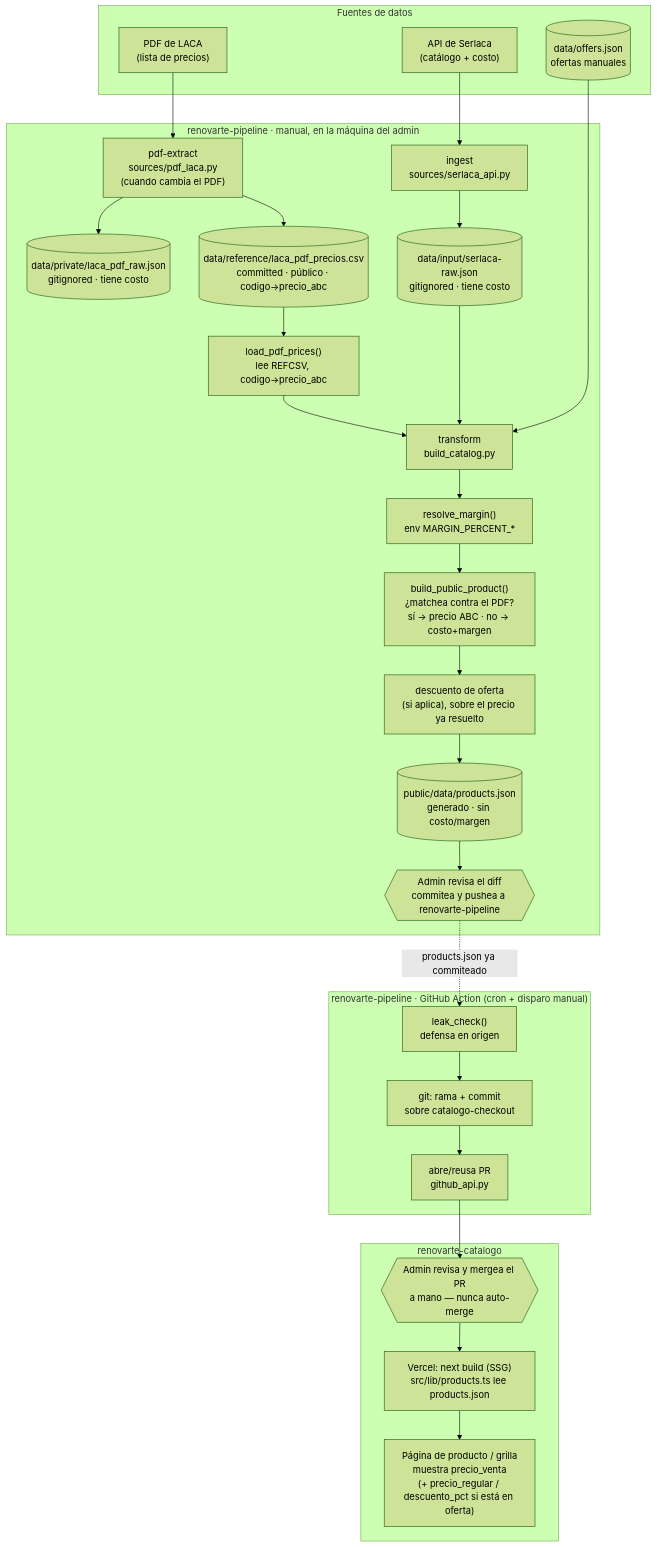
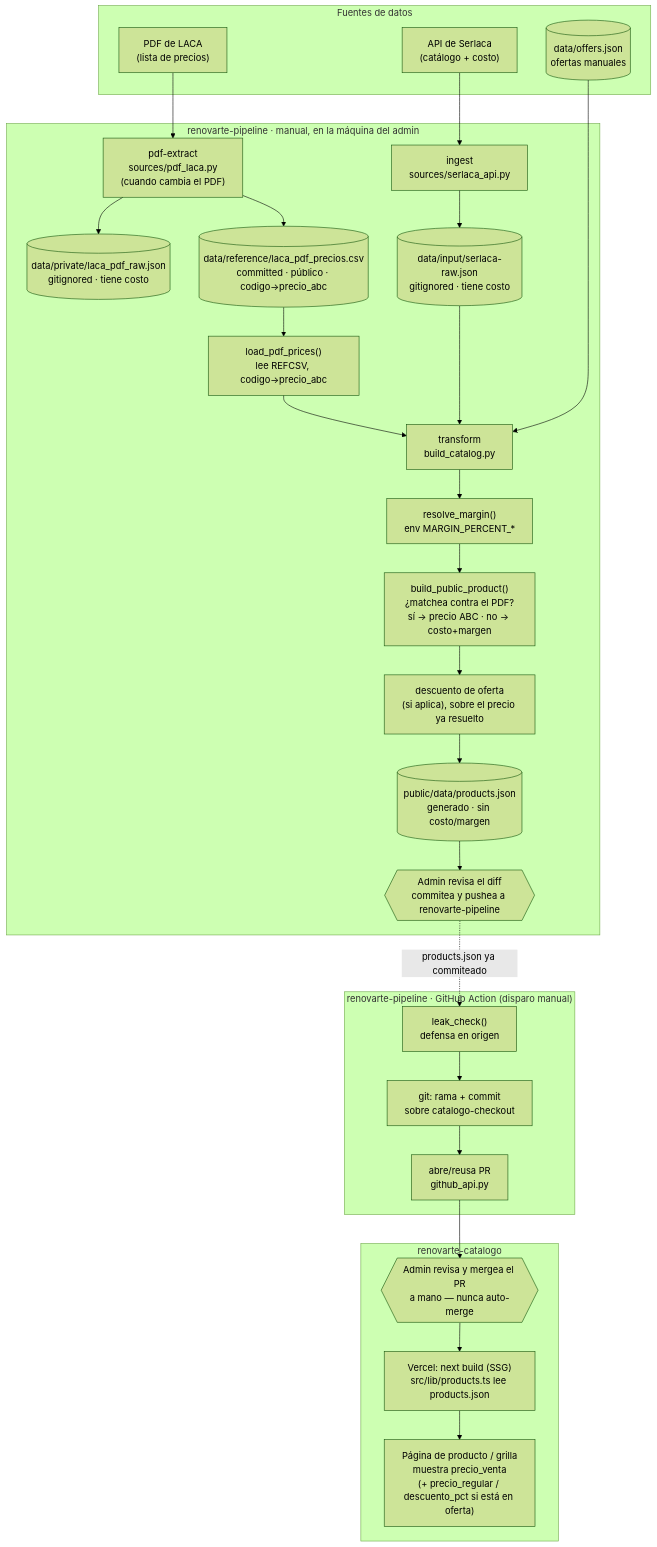
The diagram in docs/flujo-precio-pdf.md (gucastillo-personal/renovarte-parent), drawn with Mermaid (forest theme) before and after one commit. The commit also changed other lines of this file and 1 other file, not shown here.

First line of the commit message:
docs: flujo event-driven de precio a Discord (4 niveles de diagramas)

````diff
--- a/docs/flujo-precio-pdf.md
+++ b/docs/flujo-precio-pdf.md
@@ -18,48 +18,48 @@
 ```mermaid
 flowchart TD
     subgraph FUENTES["Fuentes de datos"]
         PDF["PDF de LACA<br/>(lista de precios)"]
         API["API de Serlaca<br/>(catálogo + costo)"]
         OFERTAS[("data/offers.json<br/>ofertas manuales")]
     end
 
     subgraph MANUAL["renovarte-pipeline · manual, en la máquina del admin"]
         EXTRACT["pdf-extract<br/>sources/pdf_laca.py<br/>(cuando cambia el PDF)"]
         RAWPDF[("data/private/laca_pdf_raw.json<br/>gitignored · tiene costo")]
         REFCSV[("data/reference/laca_pdf_precios.csv<br/>committed · público · codigo→precio_abc")]
 
         INGEST["ingest<br/>sources/serlaca_api.py"]
         RAWAPI[("data/input/serlaca-raw.json<br/>gitignored · tiene costo")]
         TRANSFORM["transform<br/>build_catalog.py"]
         LOADPDF["load_pdf_prices()<br/>lee REFCSV, codigo→precio_abc"]
         MARGEN["resolve_margin()<br/>env MARGIN_PERCENT_*"]
         RESOLVE["build_public_product()<br/>¿matchea contra el PDF?<br/>sí → precio ABC · no → costo+margen"]
         DESCUENTO["descuento de oferta<br/>(si aplica), sobre el precio ya resuelto"]
         PRODJSON[("public/data/products.json<br/>generado · sin costo/margen")]
         COMMIT{{"Admin revisa el diff<br/>commitea y pushea a renovarte-pipeline"}}
     end
 
-    subgraph CI["renovarte-pipeline · GitHub Action (cron + disparo manual)"]
+    subgraph CI["renovarte-pipeline · GitHub Action (disparo manual)"]
         LEAK["leak_check()<br/>defensa en origen"]
         BRANCH["git: rama + commit<br/>sobre catalogo-checkout"]
         PR["abre/reusa PR<br/>github_api.py"]
     end
 
     subgraph CATALOGO["renovarte-catalogo"]
         MERGE{{"Admin revisa y mergea el PR<br/>a mano — nunca auto-merge"}}
         BUILD["Vercel: next build (SSG)<br/>src/lib/products.ts lee products.json"]
         PAGINA["Página de producto / grilla<br/>muestra precio_venta<br/>(+ precio_regular / descuento_pct si está en oferta)"]
     end
 
     PDF --> EXTRACT
     EXTRACT --> RAWPDF
     EXTRACT --> REFCSV
 
     API --> INGEST --> RAWAPI --> TRANSFORM
     REFCSV --> LOADPDF --> TRANSFORM
     OFERTAS --> TRANSFORM
     TRANSFORM --> MARGEN --> RESOLVE --> DESCUENTO --> PRODJSON --> COMMIT
 
     COMMIT -.->|"products.json ya commiteado"| LEAK
     LEAK --> BRANCH --> PR --> MERGE --> BUILD --> PAGINA
 ```
````
